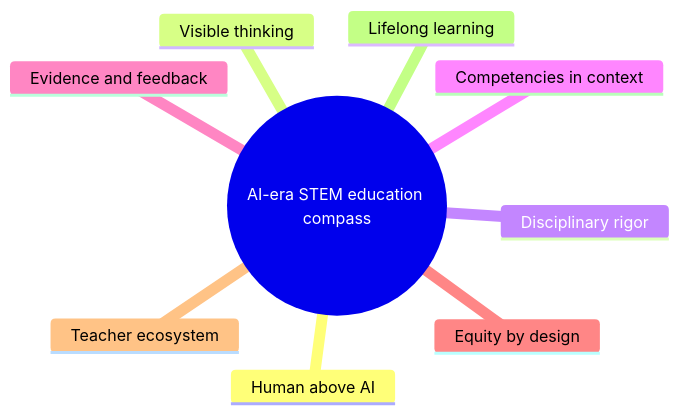
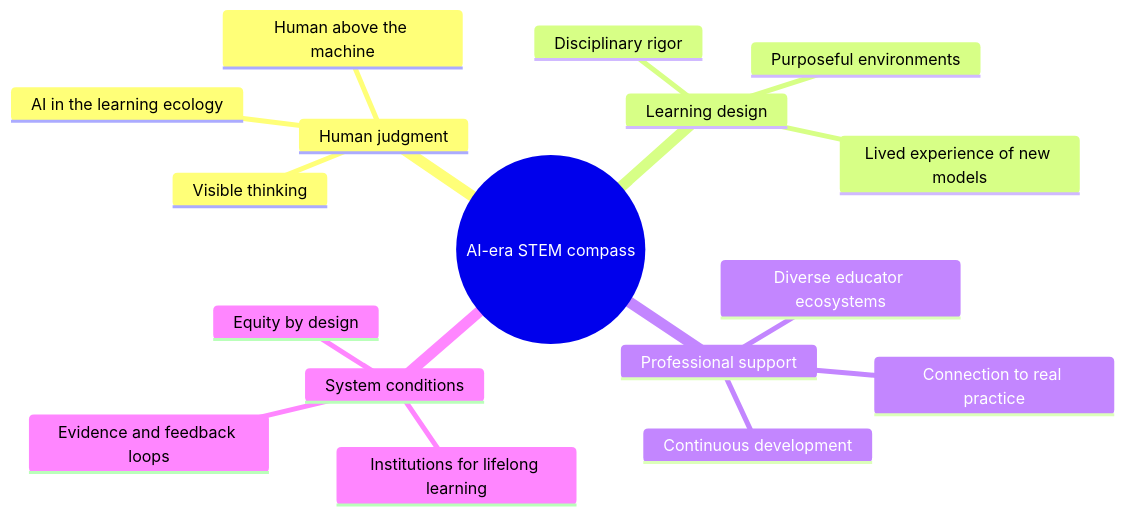
Before and after one commit to avisalmon/RoundTableIII: diagram 11 of 11 in book/manuscript.md, drawn with Mermaid. The commit also changed other lines of this file and 15 other files, not shown here.

````diff
--- a/book/manuscript.md
+++ b/book/manuscript.md
@@ -2863,12 +2778,20 @@
 ```mermaid
 mindmap
-  root((AI-era STEM education compass))
-    Human above AI
-    Visible thinking
-    Disciplinary rigor
-    Competencies in context
-    Evidence and feedback
-    Equity by design
-    Teacher ecosystem
-    Lifelong learning
+  root((AI-era STEM compass))
+    Human judgment
+      Human above the machine
+      AI in the learning ecology
+      Visible thinking
+    Learning design
+      Disciplinary rigor
+      Lived experience of new models
+      Purposeful environments
+    Professional support
+      Diverse educator ecosystems
+      Continuous development
+      Connection to real practice
+    System conditions
+      Evidence and feedback loops
+      Equity by design
+      Institutions for lifelong learning
 ```
````
